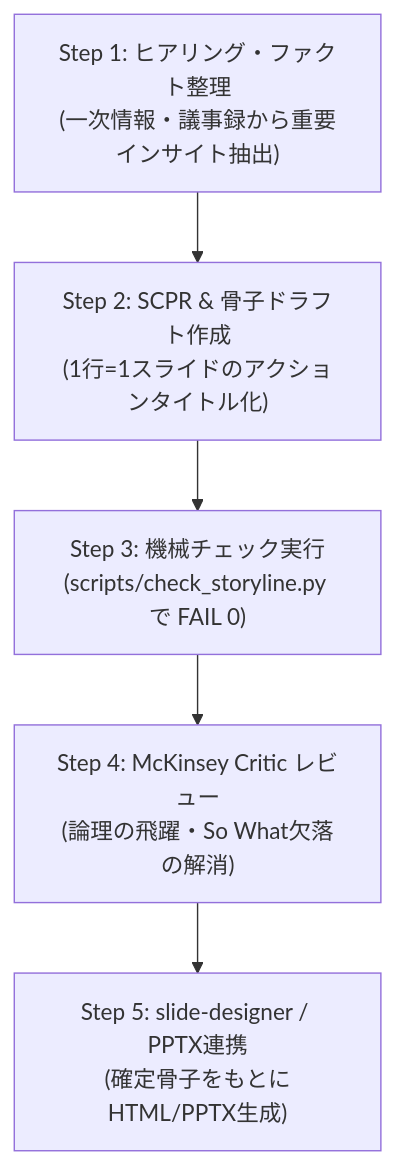
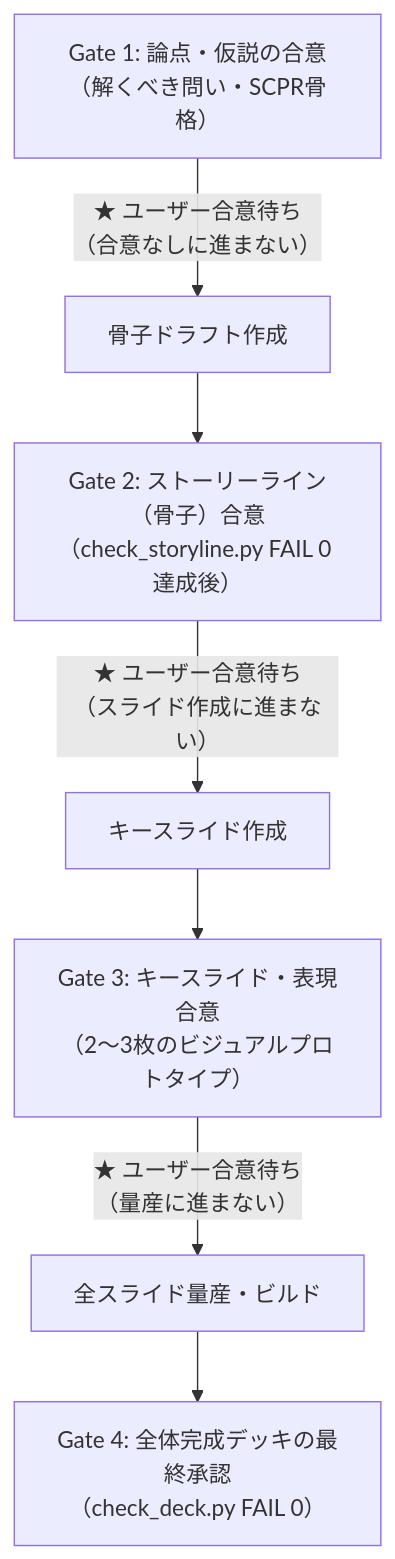
One commit to miyatsuko10004/enterprise-ai-skills changed the diagram in storyline-builder/SKILL.md. Above: the diagram before and after it, drawn with Mermaid. The commit also changed other lines of this file, not shown here.

Commit message:
feat: add Human Review Gates to storyline-builder

````diff
--- a/storyline-builder/SKILL.md
+++ b/storyline-builder/SKILL.md
@@ -107,7 +109,9 @@
 ```mermaid
 flowchart TD
-    A["Step 1: ヒアリング・ファクト整理<br>(一次情報・議事録から重要インサイト抽出)"] --> B["Step 2: SCPR & 骨子ドラフト作成<br>(1行=1スライドのアクションタイトル化)"]
-    B --> C["Step 3: 機械チェック実行<br>(scripts/check_storyline.py で FAIL 0)"]
-    C --> D["Step 4: McKinsey Critic レビュー<br>(論理の飛躍・So What欠落の解消)"]
-    D --> E["Step 5: slide-designer / PPTX連携<br>(確定骨子をもとにHTML/PPTX生成)"]
+    G1["Gate 1: 論点・仮説の合意<br>（解くべき問い・SCPR骨格）"] -->|"★ ユーザー合意待ち<br>（合意なしに進まない）"| Step2["骨子ドラフト作成"]
+    Step2 --> G2["Gate 2: ストーリーライン（骨子）合意<br>（check_storyline.py FAIL 0 達成後）"]
+    G2 -->|"★ ユーザー合意待ち<br>（スライド作成に進まない）"| Step3["キースライド作成"]
+    Step3 --> G3["Gate 3: キースライド・表現合意<br>（2〜3枚のビジュアルプロトタイプ）"]
+    G3 -->|"★ ユーザー合意待ち<br>（量産に進まない）"| Step4["全スライド量産・ビルド"]
+    Step4 --> G4["Gate 4: 全体完成デッキの最終承認<br>（check_deck.py FAIL 0）"]
 ```
````
